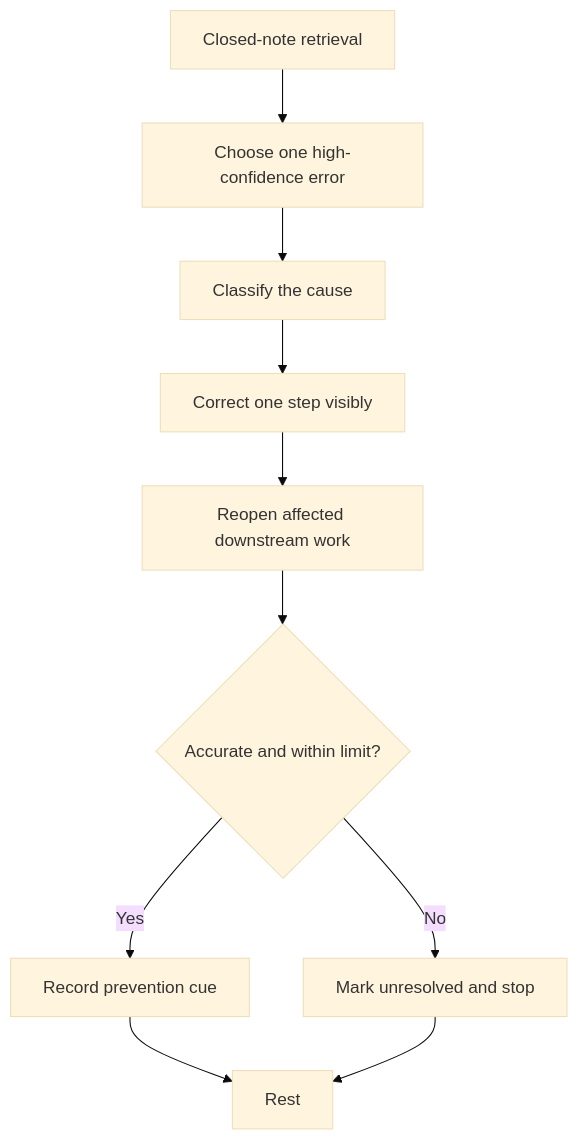
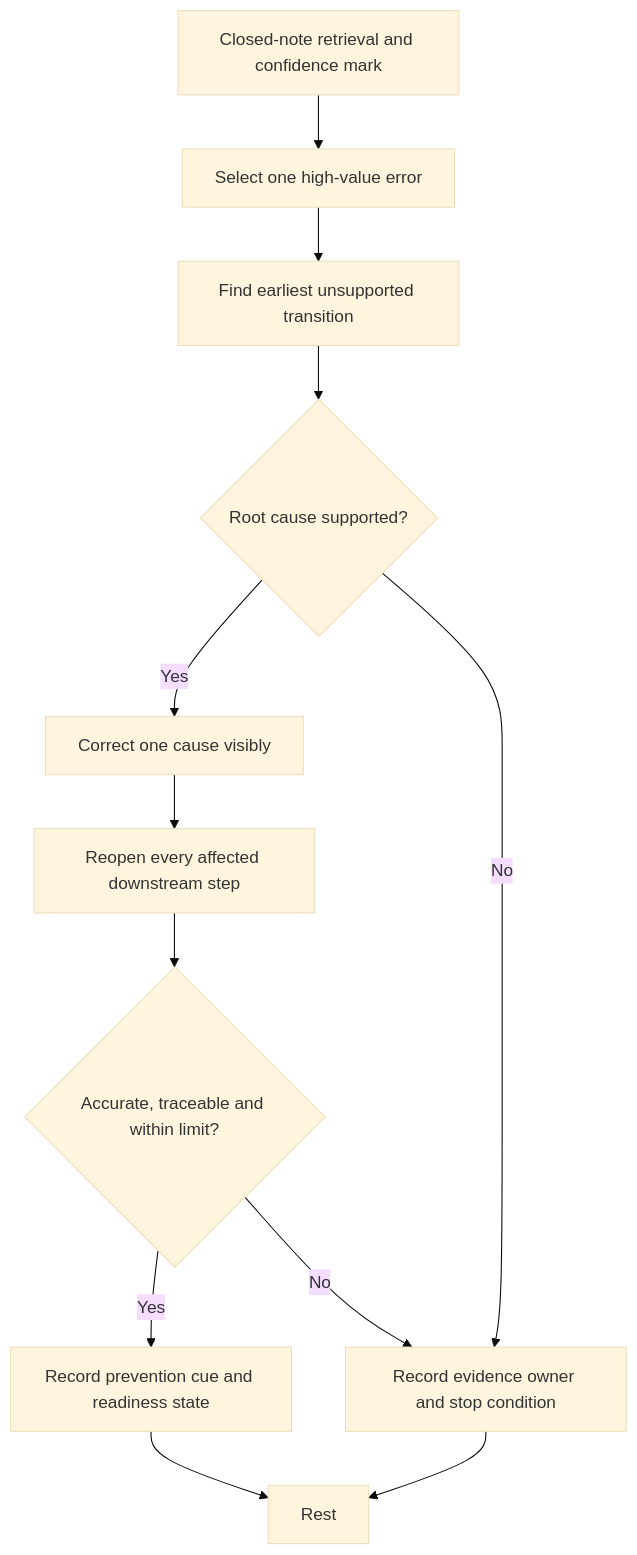
One commit to andrew3stedall/capstone changed the first of 2 diagrams in docs/learning-plans/12-week/modules/day-26-rest-retrieval-and-calculation-error-log-correction.md. Above: the diagram before and after it, drawn with Mermaid (base theme). The commit also changed other lines of this file and 3 other files, not shown here.

Commit message:
Improve Day 26 retrieval and error correction

````diff
--- a/docs/learning-plans/12-week/modules/day-26-rest-retrieval-and-calculation-error-log-correction.md
+++ b/docs/learning-plans/12-week/modules/day-26-rest-retrieval-and-calculation-error-log-correction.md
@@ -76,12 +108,14 @@
 ```mermaid
 flowchart TD
-    A["Closed-note retrieval"] --> B["Choose one high-confidence error"]
-    B --> C["Classify the cause"]
-    C --> D["Correct one step visibly"]
-    D --> E["Reopen affected downstream work"]
-    E --> F{"Accurate and within limit?"}
-    F -->|"Yes"| G["Record prevention cue"]
-    F -->|"No"| H["Mark unresolved and stop"]
-    G --> I["Rest"]
-    H --> I
+    A["Closed-note retrieval and confidence mark"] --> B["Select one high-value error"]
+    B --> C["Find earliest unsupported transition"]
+    C --> D{"Root cause supported?"}
+    D -->|"Yes"| E["Correct one cause visibly"]
+    D -->|"No"| F["Record evidence owner and stop condition"]
+    E --> G["Reopen every affected downstream step"]
+    G --> H{"Accurate, traceable and within limit?"}
+    H -->|"Yes"| I["Record prevention cue and readiness state"]
+    H -->|"No"| F
+    I --> J["Rest"]
+    F --> J
 ```
````
